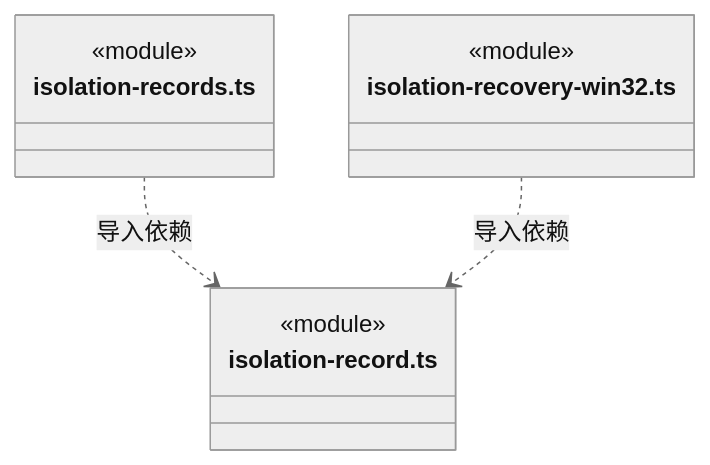
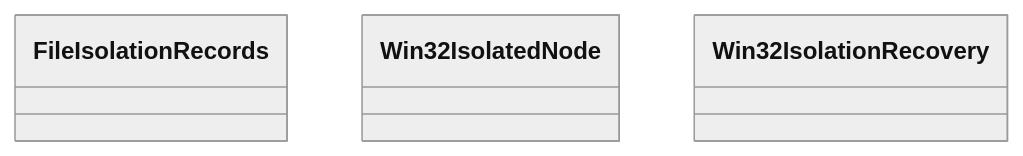
Before and after one commit to nan023062/cbim: the diagram in src/logic/file-operations/platform/isolation/ARCHITECTURE.md, drawn with Mermaid (neutral theme). The commit also changed other lines of this file and 158 other files, not shown here.

Commit message:
docs: model architecture through nested virtual encapsulations

````diff
--- a/src/logic/file-operations/platform/isolation/ARCHITECTURE.md
+++ b/src/logic/file-operations/platform/isolation/ARCHITECTURE.md
@@ -382,14 +19,9 @@
 ```mermaid
 classDiagram
-class N_src_logic_file_operations_platform_isolation_isolation_records_ts["isolation-records.ts"] {
-  <<module>>
-}
-class N_src_logic_file_operations_platform_isolation_isolation_record_ts["isolation-record.ts"] {
-  <<module>>
-}
-class N_src_logic_file_operations_platform_isolation_isolation_recovery_win32_ts["isolation-recovery-win32.ts"] {
-  <<module>>
-}
-N_src_logic_file_operations_platform_isolation_isolation_records_ts ..> N_src_logic_file_operations_platform_isolation_isolation_record_ts : 导入依赖
-N_src_logic_file_operations_platform_isolation_isolation_recovery_win32_ts ..> N_src_logic_file_operations_platform_isolation_isolation_record_ts : 导入依赖
+class N_8fd422b4acdb["FileIsolationRecords"]
+click N_8fd422b4acdb href "isolation-records.ts"
+class N_1bc1abd94eac["Win32IsolatedNode"]
+click N_1bc1abd94eac href "isolated-node-win32.ts"
+class N_24736779517f["Win32IsolationRecovery"]
+click N_24736779517f href "isolation-recovery-win32.ts"
 ```
````
